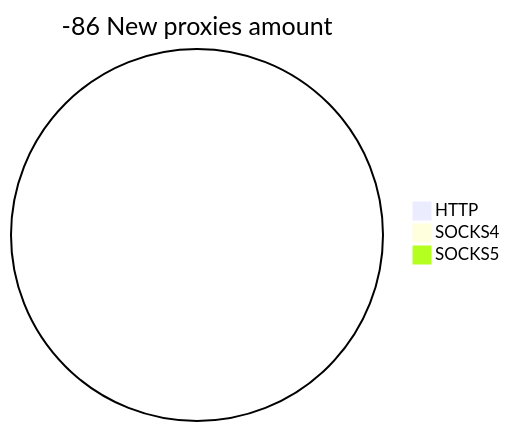
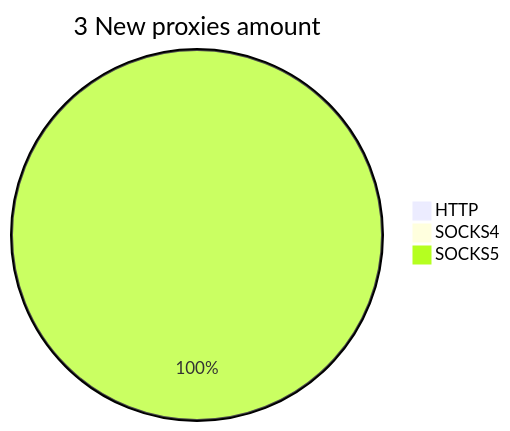
The second of 2 diagrams in README.md (cutipu/proxylist), drawn with Mermaid before and after one commit. The commit also changed other lines of this file, not shown here.

````diff
--- a/README.md
+++ b/README.md
@@ -10,6 +10,6 @@
 ```mermaid
-pie title -86 New proxies amount
+pie title 3 New proxies amount
     "HTTP" : 0
     "SOCKS4" : 0
-    "SOCKS5" : 0
+    "SOCKS5" : 34
 ```
````
